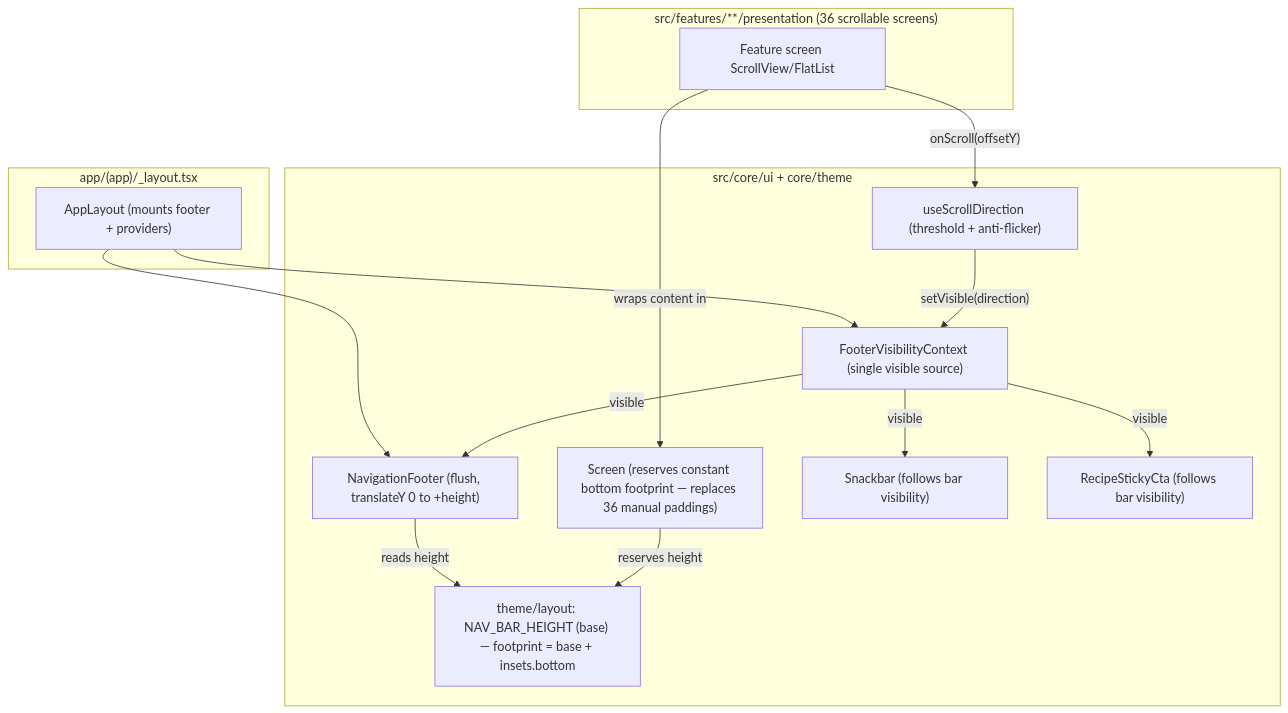
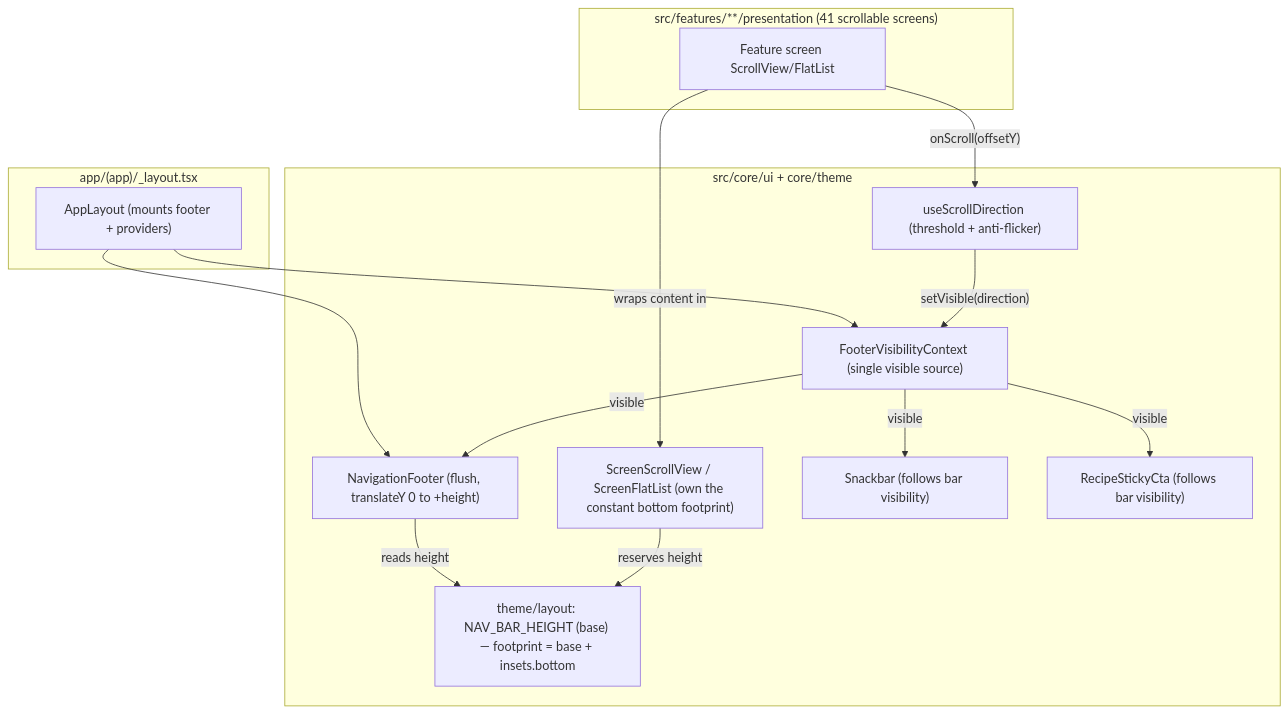
One commit to benoit-bremaud/brasse-bouillon changed the diagram in docs/architecture/diagrams/footer-nav-redesign/01-component.md. Above: the diagram before and after it, drawn with Mermaid. The commit also changed other lines of this file and 12 other files, not shown here.

````diff
--- a/docs/architecture/diagrams/footer-nav-redesign/01-component.md
+++ b/docs/architecture/diagrams/footer-nav-redesign/01-component.md
@@ -16,31 +16,31 @@
 ```mermaid
 flowchart TD
   subgraph app ["app/(app)/_layout.tsx"]
     Layout["AppLayout (mounts footer + providers)"]
   end
 
   subgraph core ["src/core/ui + core/theme"]
-    Screen["Screen (reserves constant bottom footprint — replaces 36 manual paddings)"]
+    Screen["ScreenScrollView / ScreenFlatList (own the constant bottom footprint)"]
     UseScroll["useScrollDirection (threshold + anti-flicker)"]
     VisCtx["FooterVisibilityContext (single visible source)"]
     Footer["NavigationFooter (flush, translateY 0 to +height)"]
     Snack["Snackbar (follows bar visibility)"]
     Cta["RecipeStickyCta (follows bar visibility)"]
     Tokens["theme/layout: NAV_BAR_HEIGHT (base) — footprint = base + insets.bottom"]
   end
 
-  subgraph features ["src/features/**/presentation (36 scrollable screens)"]
+  subgraph features ["src/features/**/presentation (41 scrollable screens)"]
     ScreenN["Feature screen ScrollView/FlatList"]
   end
 
   Layout --> VisCtx
   Layout --> Footer
   ScreenN -->|"wraps content in"| Screen
   ScreenN -->|"onScroll(offsetY)"| UseScroll
   UseScroll -->|"setVisible(direction)"| VisCtx
   VisCtx -->|"visible"| Footer
   VisCtx -->|"visible"| Snack
   VisCtx -->|"visible"| Cta
   Footer -->|"reads height"| Tokens
   Screen -->|"reserves height"| Tokens
 ```
````
